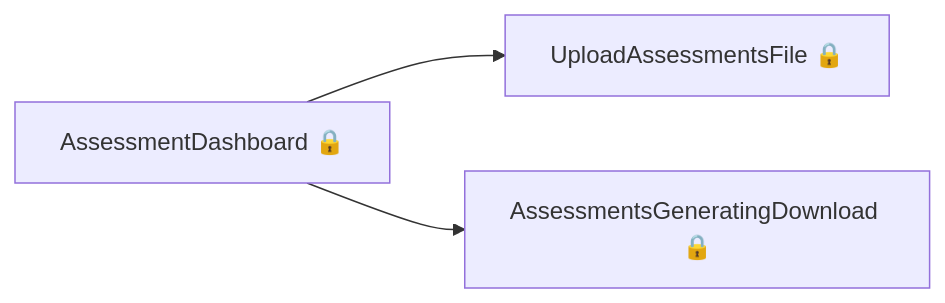
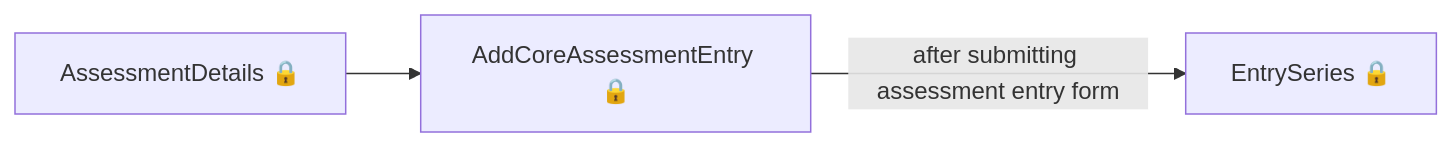
One commit to talentconsulting/atlas-dfe changed the fifth of 9 diagrams in tl-results-and-certification/user-journeys/user-journeys.md. Above: the diagram before and after it, drawn with Mermaid. The commit also changed other lines of this file and 6 other files, not shown here.

````diff
--- a/tl-results-and-certification/user-journeys/user-journeys.md
+++ b/tl-results-and-certification/user-journeys/user-journeys.md
@@ -71,5 +78,5 @@
 ```mermaid
 flowchart LR
-  p0["AssessmentDashboard 🔒"] --> p1["UploadAssessmentsFile 🔒"]
-  p0["AssessmentDashboard 🔒"] --> p2["AssessmentsGeneratingDownload 🔒"]
+  p0["AssessmentDetails 🔒"] --> p1["AddCoreAssessmentEntry 🔒"]
+  p1["AddCoreAssessmentEntry 🔒"] -->|"after submitting assessment entry form"| p2["EntrySeries 🔒"]
 ```
````
